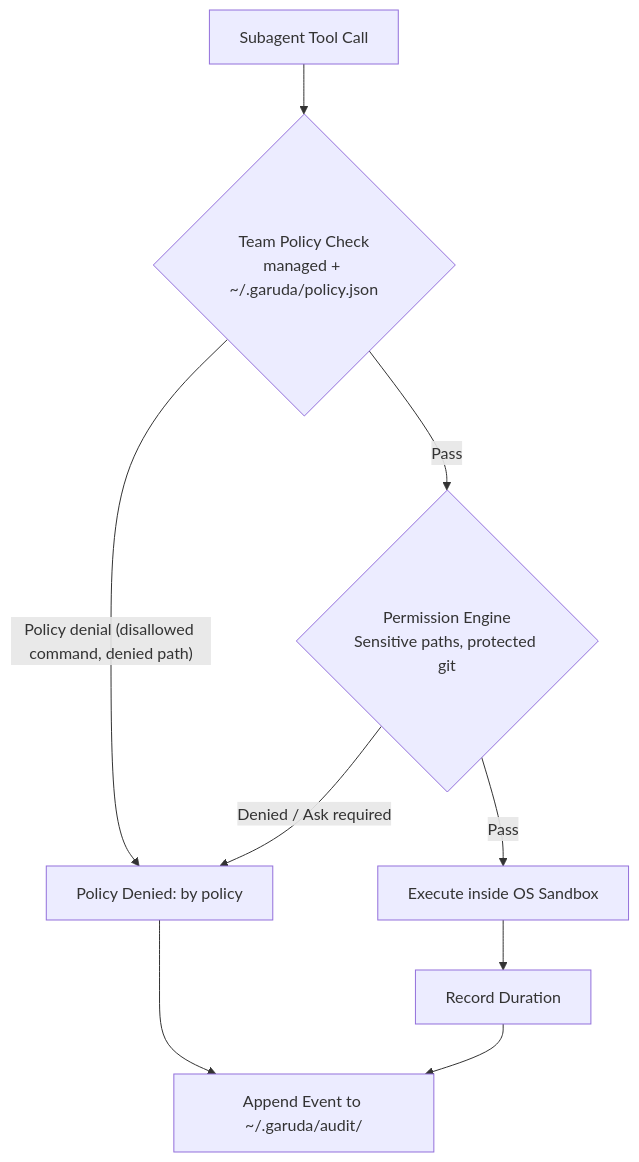
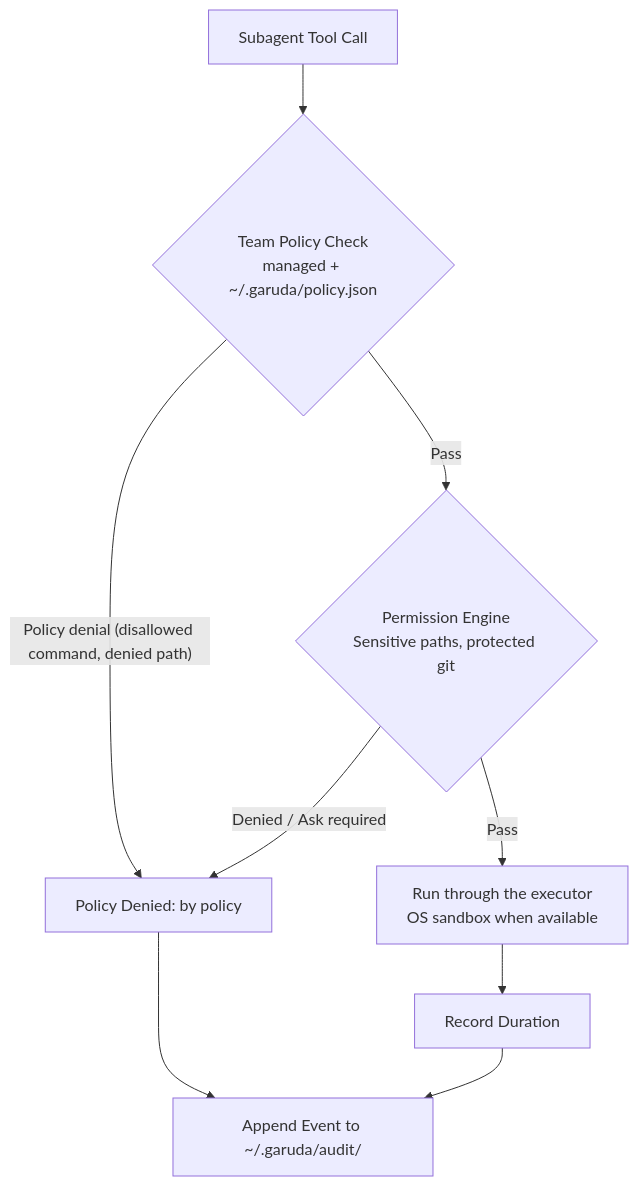
One commit to madhu-sv/garuda changed the fifth of 5 diagrams in docs/lld/agents.md. Above: the diagram before and after it, drawn with Mermaid. The commit also changed other lines of this file and 9 other files, not shown here.

````diff
--- a/docs/lld/agents.md
+++ b/docs/lld/agents.md
@@ -296,11 +296,11 @@
 ```mermaid
 flowchart TD
   ChildCall[Subagent Tool Call] --> Step0{Team Policy Check<br/>managed + ~/.garuda/policy.json}
   Step0 -- "Policy denial (disallowed command, denied path)" --> Reject[Policy Denied: by policy]
   Step0 -- "Pass" --> Perms{Permission Engine<br/>Sensitive paths, protected git}
   Perms -- "Denied / Ask required" --> Reject
-  Perms -- "Pass" --> Sandbox[Execute inside OS Sandbox]
+  Perms -- "Pass" --> Sandbox[Run through the executor<br/>OS sandbox when available]
   Sandbox --> Duration[Record Duration]
   Duration --> AuditLog[Append Event to ~/.garuda/audit/]
   Reject --> AuditLog
 ```
````
